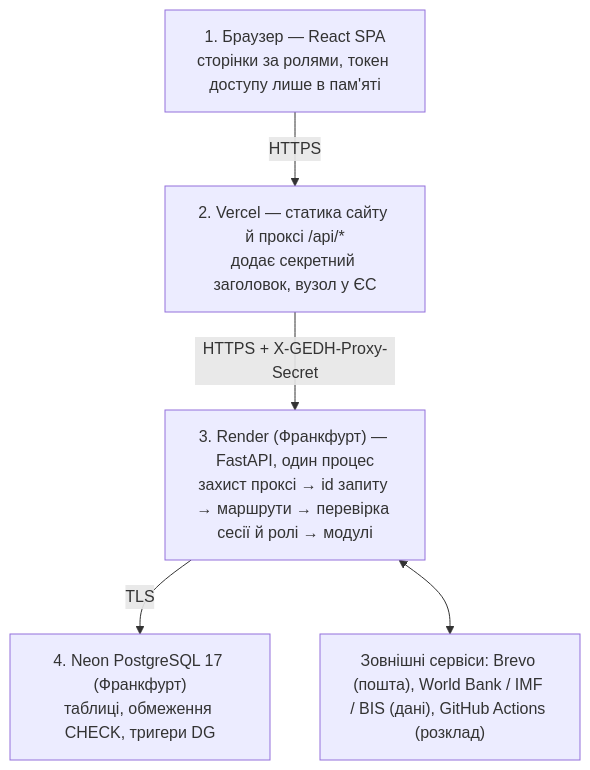
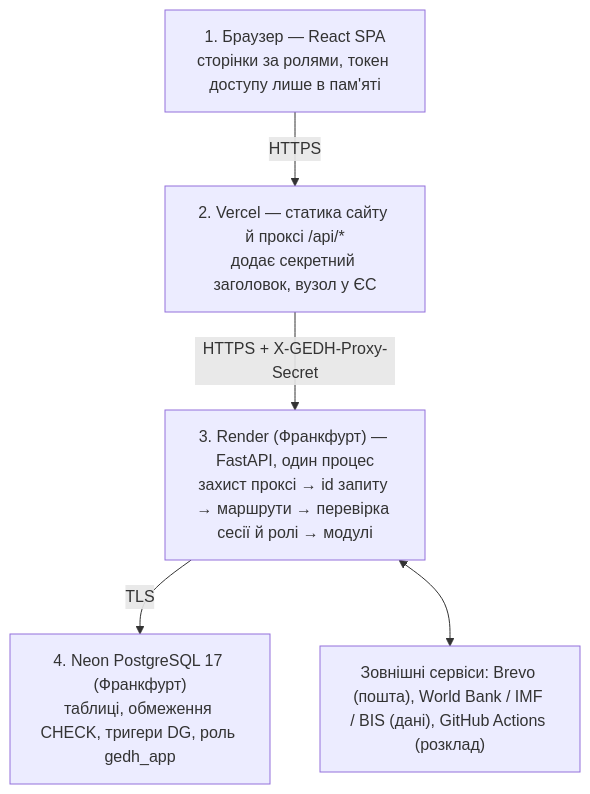
Before and after one commit to andra023best/gedh: the diagram in docs/processes/06-architecture-and-access.md, drawn with Mermaid. The commit also changed other lines of this file and 18 other files, not shown here.

````diff
--- a/docs/processes/06-architecture-and-access.md
+++ b/docs/processes/06-architecture-and-access.md
@@ -8,10 +8,10 @@
 ```mermaid
 flowchart TB
     B["1. Браузер — React SPA\nсторінки за ролями, токен доступу лише в пам'яті"]
     V["2. Vercel — статика сайту й проксі /api/*\nдодає секретний заголовок, вузол у ЄС"]
     R["3. Render (Франкфурт) — FastAPI, один процес\nзахист проксі → id запиту → маршрути → перевірка сесії й ролі → модулі"]
-    P["4. Neon PostgreSQL 17 (Франкфурт)\nтаблиці, обмеження CHECK, тригери DG"]
+    P["4. Neon PostgreSQL 17 (Франкфурт)\nтаблиці, обмеження CHECK, тригери DG, роль gedh_app"]
     E["Зовнішні сервіси: Brevo (пошта), World Bank / IMF / BIS (дані), GitHub Actions (розклад)"]
     B -- HTTPS --> V -- "HTTPS + X-GEDH-Proxy-Secret" --> R -- TLS --> P
     R <--> E
 ```
````
